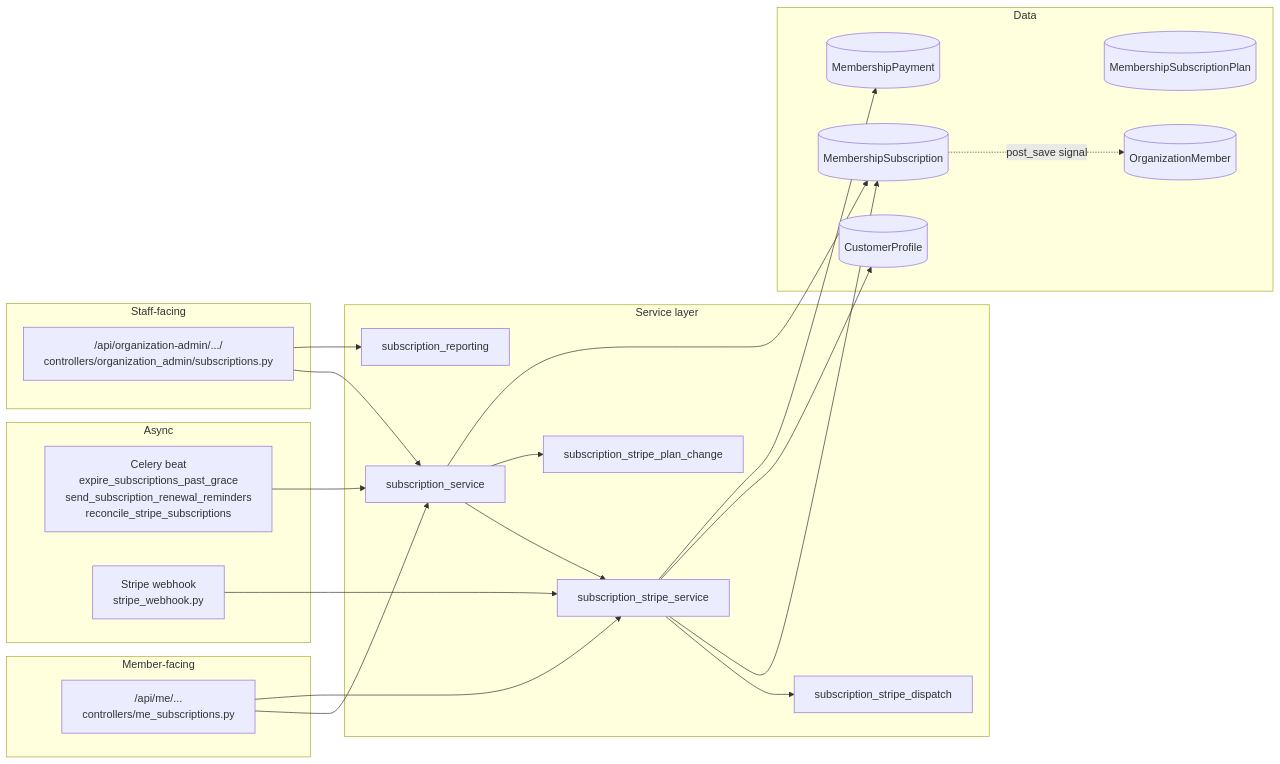
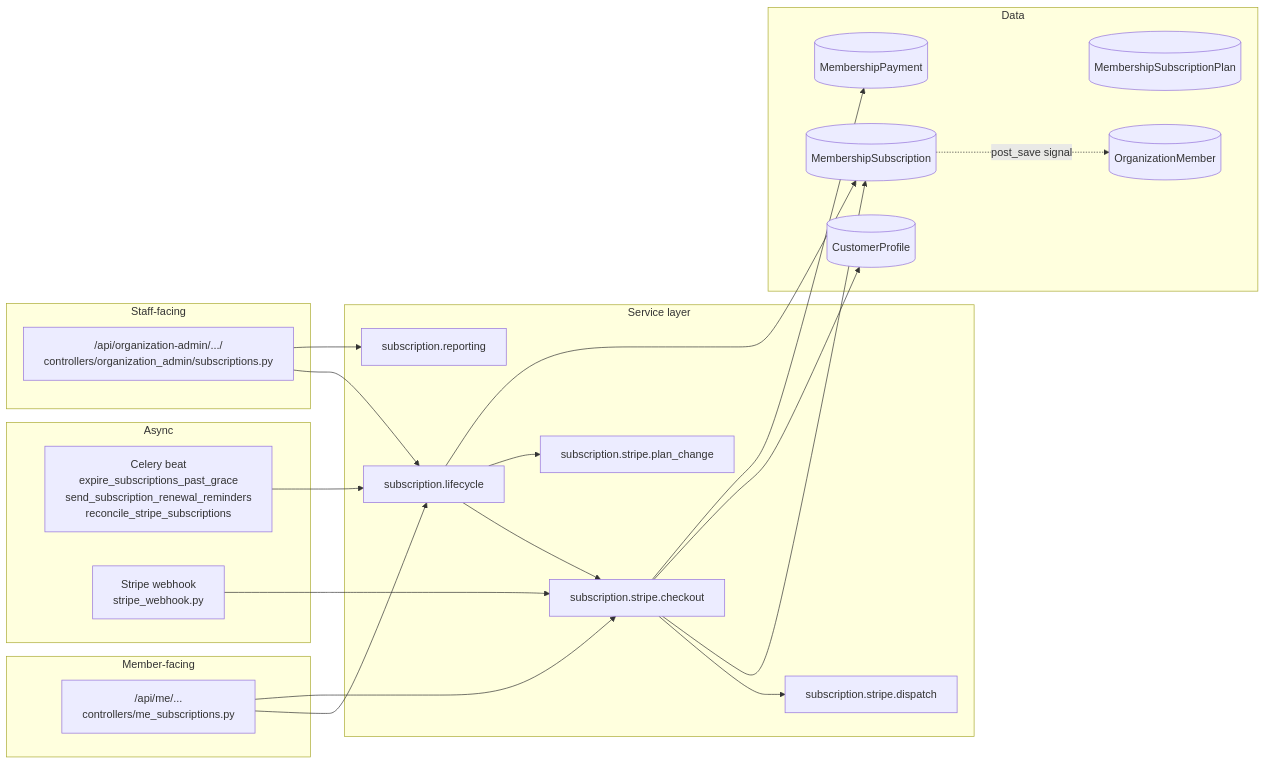
One commit to letsrevel/revel-backend changed the diagram in docs/architecture/membership-subscriptions.md. Above: the diagram before and after it, drawn with Mermaid. The commit also changed other lines of this file and 253 other files, not shown here.

````diff
--- a/docs/architecture/membership-subscriptions.md
+++ b/docs/architecture/membership-subscriptions.md
@@ -25,46 +25,46 @@
 ```mermaid
 flowchart LR
     subgraph Members["Member-facing"]
         MeAPI["/api/me/...<br>controllers/me_subscriptions.py"]
     end
 
     subgraph Staff["Staff-facing"]
         AdminAPI["/api/organization-admin/.../<br>controllers/organization_admin/subscriptions.py"]
     end
 
     subgraph Services["Service layer"]
-        Sub[subscription_service]
-        Stripe[subscription_stripe_service]
-        PlanChange[subscription_stripe_plan_change]
-        Dispatch[subscription_stripe_dispatch]
-        Report[subscription_reporting]
+        Sub[subscription.lifecycle]
+        Stripe[subscription.stripe.checkout]
+        PlanChange[subscription.stripe.plan_change]
+        Dispatch[subscription.stripe.dispatch]
+        Report[subscription.reporting]
     end
 
     subgraph Async["Async"]
         Beat["Celery beat<br>expire_subscriptions_past_grace<br>send_subscription_renewal_reminders<br>reconcile_stripe_subscriptions"]
         Webhook["Stripe webhook<br>stripe_webhook.py"]
     end
 
     subgraph Data["Data"]
         Plan[(MembershipSubscriptionPlan)]
         SubModel[(MembershipSubscription)]
         Pay[(MembershipPayment)]
         Cust[(CustomerProfile)]
         Member[(OrganizationMember)]
     end
 
     MeAPI --> Sub
     MeAPI --> Stripe
     AdminAPI --> Sub
     AdminAPI --> Report
     Sub --> Stripe
     Sub --> PlanChange
     Stripe --> Dispatch
     Sub --> SubModel
     Stripe --> SubModel
     Stripe --> Cust
     Stripe --> Pay
     Beat --> Sub
     Webhook --> Stripe
     SubModel -.post_save signal.-> Member
 ```
````
